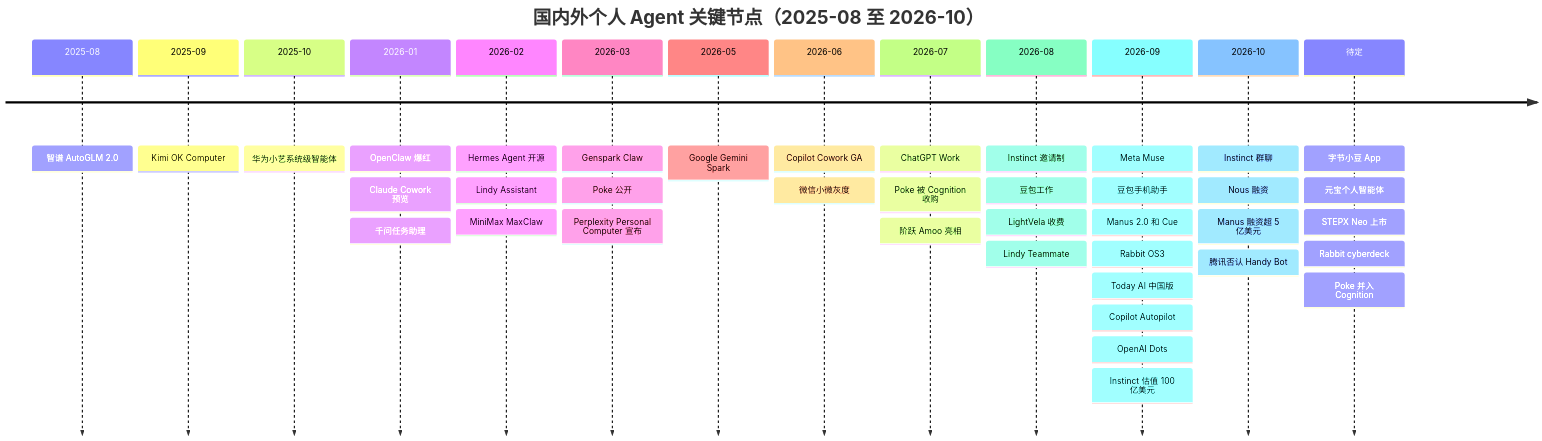
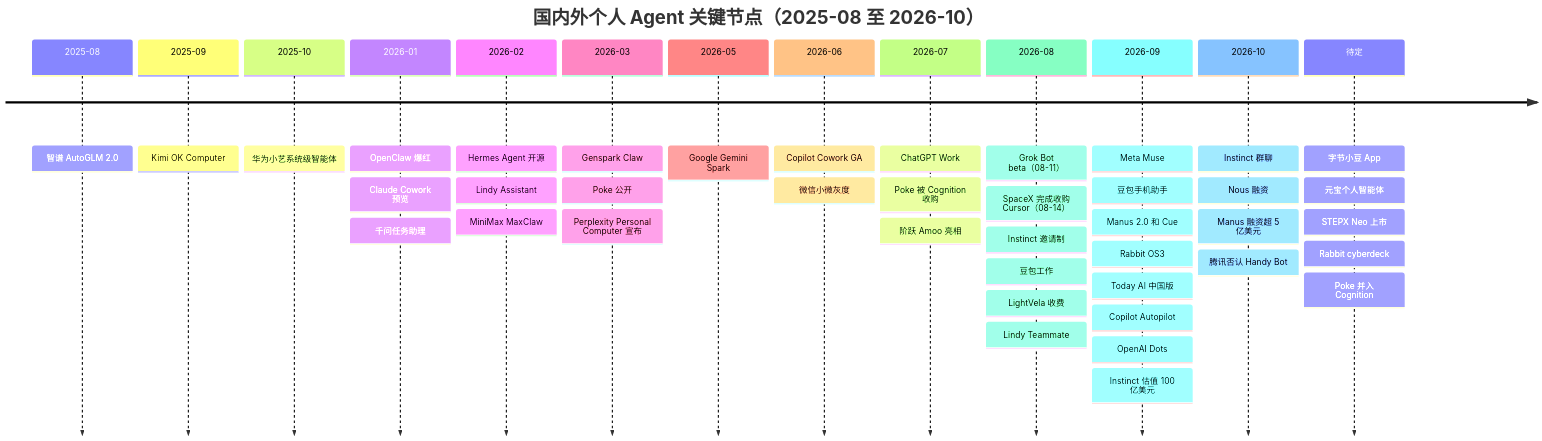
Before and after one commit to louShang0826/ai-radar: the fourth of 4 diagrams in reports-src/personal-agents/report.md, drawn with Mermaid. The commit also changed other lines of this file and 4 other files, not shown here.

Commit message:
更新报告：personal-agents 新增 Grok Bot 卡片（海外大厂），同步总览/判断/定位表/技术表/时间线与封面

````diff
--- a/reports-src/personal-agents/report.md
+++ b/reports-src/personal-agents/report.md
@@ -922,17 +998,17 @@
 ```mermaid
 timeline
   title 国内外个人 Agent 关键节点（2025-08 至 2026-10）
   2025-08 : 智谱 AutoGLM 2.0
   2025-09 : Kimi OK Computer
   2025-10 : 华为小艺系统级智能体
   2026-01 : OpenClaw 爆红 : Claude Cowork 预览 : 千问任务助理
   2026-02 : Hermes Agent 开源 : Lindy Assistant : MiniMax MaxClaw
   2026-03 : Genspark Claw : Poke 公开 : Perplexity Personal Computer 宣布
   2026-05 : Google Gemini Spark
   2026-06 : Copilot Cowork GA : 微信小微灰度
   2026-07 : ChatGPT Work : Poke 被 Cognition 收购 : 阶跃 Amoo 亮相
-  2026-08 : Instinct 邀请制 : 豆包工作 : LightVela 收费 : Lindy Teammate
+  2026-08 : Grok Bot beta（08-11） : SpaceX 完成收购 Cursor（08-14） : Instinct 邀请制 : 豆包工作 : LightVela 收费 : Lindy Teammate
   2026-09 : Meta Muse : 豆包手机助手 : Manus 2.0 和 Cue : Rabbit OS3 : Today AI 中国版 : Copilot Autopilot : OpenAI Dots : Instinct 估值 100 亿美元
   2026-10 : Instinct 群聊 : Nous 融资 : Manus 融资超 5 亿美元 : 腾讯否认 Handy Bot
   待定 : 字节小豆 App : 元宝个人智能体 : STEPX Neo 上市 : Rabbit cyberdeck : Poke 并入 Cognition
 ```
````
